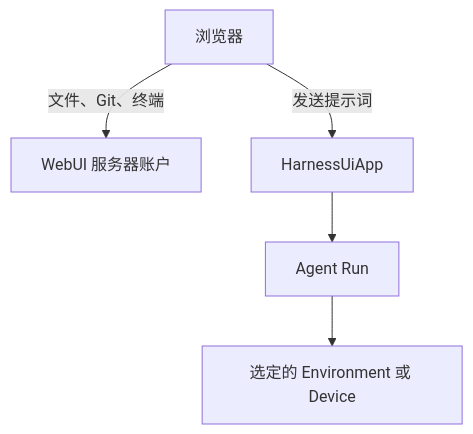
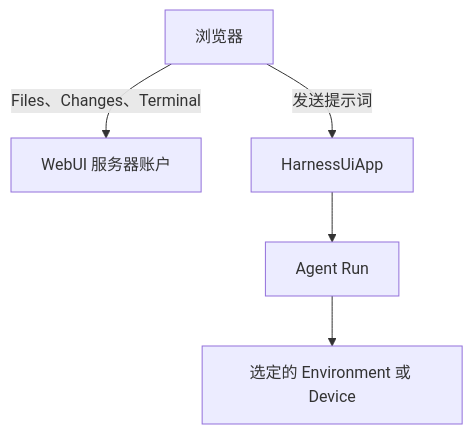
Before and after one commit to converge-ai-labs/agent-foundation: the diagram in docs/a13n-harness-ui/webui.zh-CN.md, drawn with Mermaid. The commit also changed other lines of this file and 199 other files, not shown here.

````diff
--- a/docs/a13n-harness-ui/webui.zh-CN.md
+++ b/docs/a13n-harness-ui/webui.zh-CN.md
@@ -22,10 +22,10 @@
 ```mermaid
 flowchart TB
-    Browser[浏览器] -->|文件、Git、终端| Host[WebUI 服务器账户]
+    Browser[浏览器] -->|Files、Changes、Terminal| Host[WebUI 服务器账户]
     Browser -->|发送提示词| App[HarnessUiApp]
     App --> Agent[Agent Run]
     Agent --> Environment[选定的 Environment 或 Device]
 
     class Browser app
     class App,Agent a13n
 ```
````
